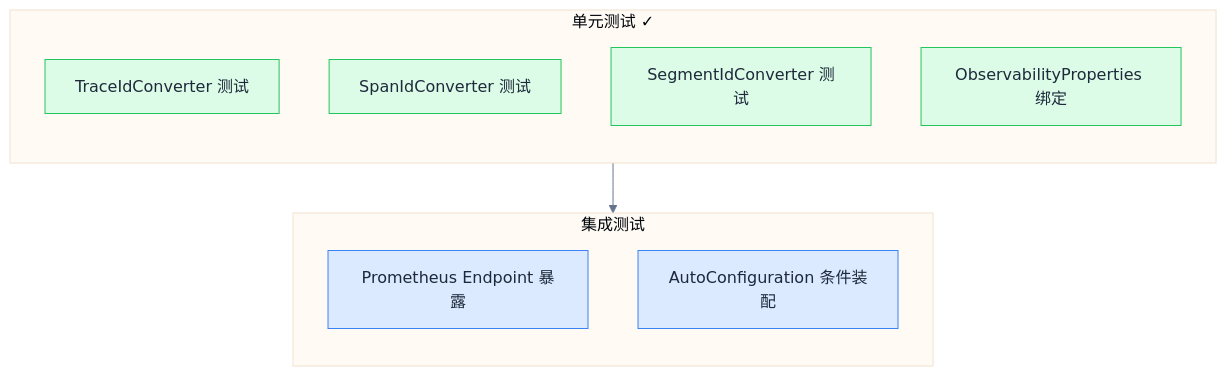
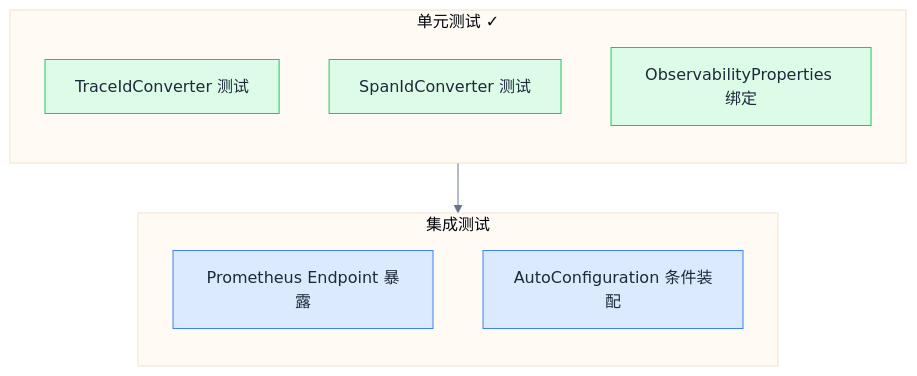
Before and after one commit to linqibin0826/patra: the third of 3 diagrams in patra-api/docs/designs/observability/07-implementation-roadmap.md, drawn with Mermaid. The commit also changed other lines of this file and 5 other files, not shown here.

````diff
--- a/patra-api/docs/designs/observability/07-implementation-roadmap.md
+++ b/patra-api/docs/designs/observability/07-implementation-roadmap.md
@@ -298,32 +298,31 @@
 ```mermaid
 %%{init: {
   'theme': 'base',
   'themeVariables': {
     'primaryColor': '#dbeafe',
     'primaryTextColor': '#1e293b',
     'primaryBorderColor': '#3b82f6',
     'lineColor': '#64748b',
     'edgeLabelBackground': '#f1f5f9'
   }
 }}%%
 flowchart TD
     subgraph Unit["单元测试 ✓"]
         direction TB
         U1[TraceIdConverter 测试]
         U2[SpanIdConverter 测试]
-        U3[SegmentIdConverter 测试]
-        U4[ObservabilityProperties 绑定]
+        U3[ObservabilityProperties 绑定]
     end
 
     subgraph Integration["集成测试"]
         direction TB
         I1[Prometheus Endpoint 暴露]
         I2[AutoConfiguration 条件装配]
     end
 
     Unit --> Integration
 
     classDef done fill:#dcfce7,stroke:#22c55e,color:#1e293b;
     classDef default fill:#dbeafe,stroke:#3b82f6,color:#1e293b;
-    class U1,U2,U3,U4 done;
+    class U1,U2,U3 done;
 ```
````
